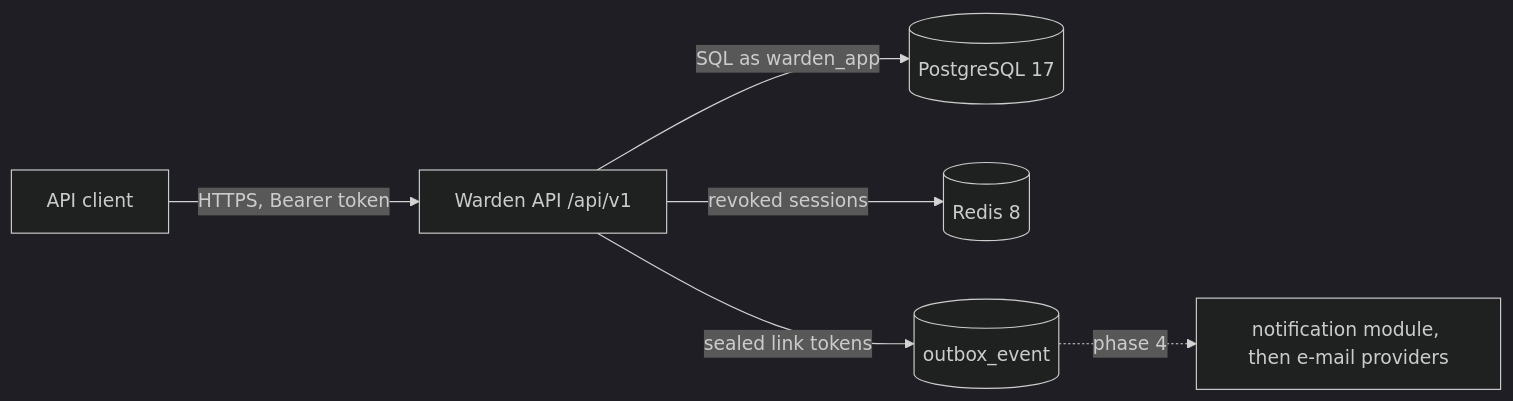
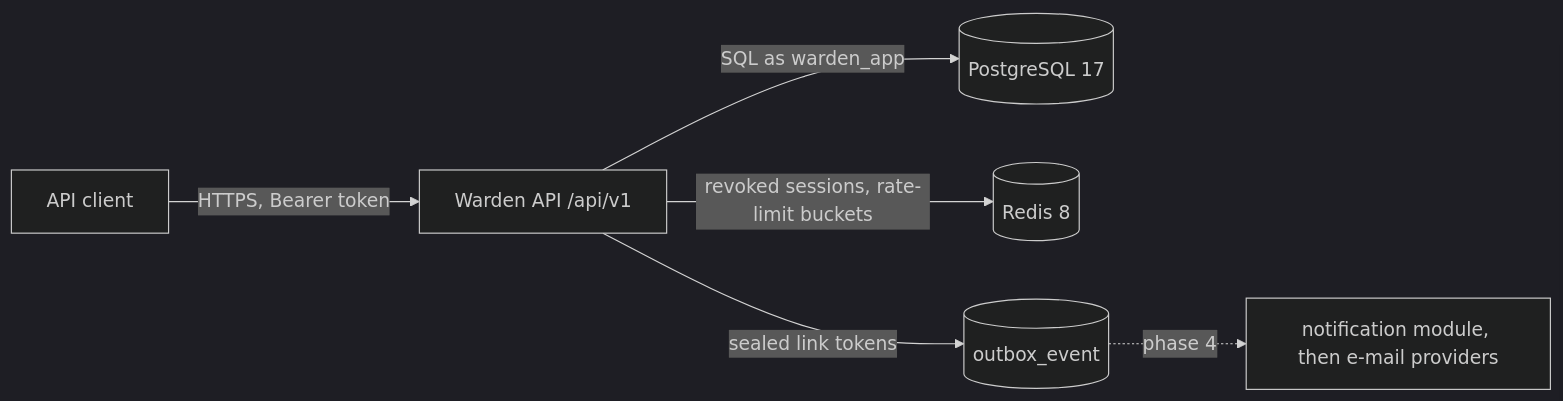
Before and after one commit to kaulinmindiola/Warden: the diagram in docs/security/threat-model.md, drawn with Mermaid (dark theme). The commit also changed other lines of this file and 4 other files, not shown here.

````diff
--- a/docs/security/threat-model.md
+++ b/docs/security/threat-model.md
@@ -11,8 +11,8 @@
 ```mermaid
 flowchart LR
     C["API client"] -->|HTTPS, Bearer token| A["Warden API /api/v1"]
     A -->|SQL as warden_app| P[("PostgreSQL 17")]
-    A -->|revoked sessions| R[("Redis 8")]
+    A -->|revoked sessions, rate-limit buckets| R[("Redis 8")]
     A -->|sealed link tokens| O[("outbox_event")]
     O -.->|phase 4| N["notification module, then e-mail providers"]
 ```
````
